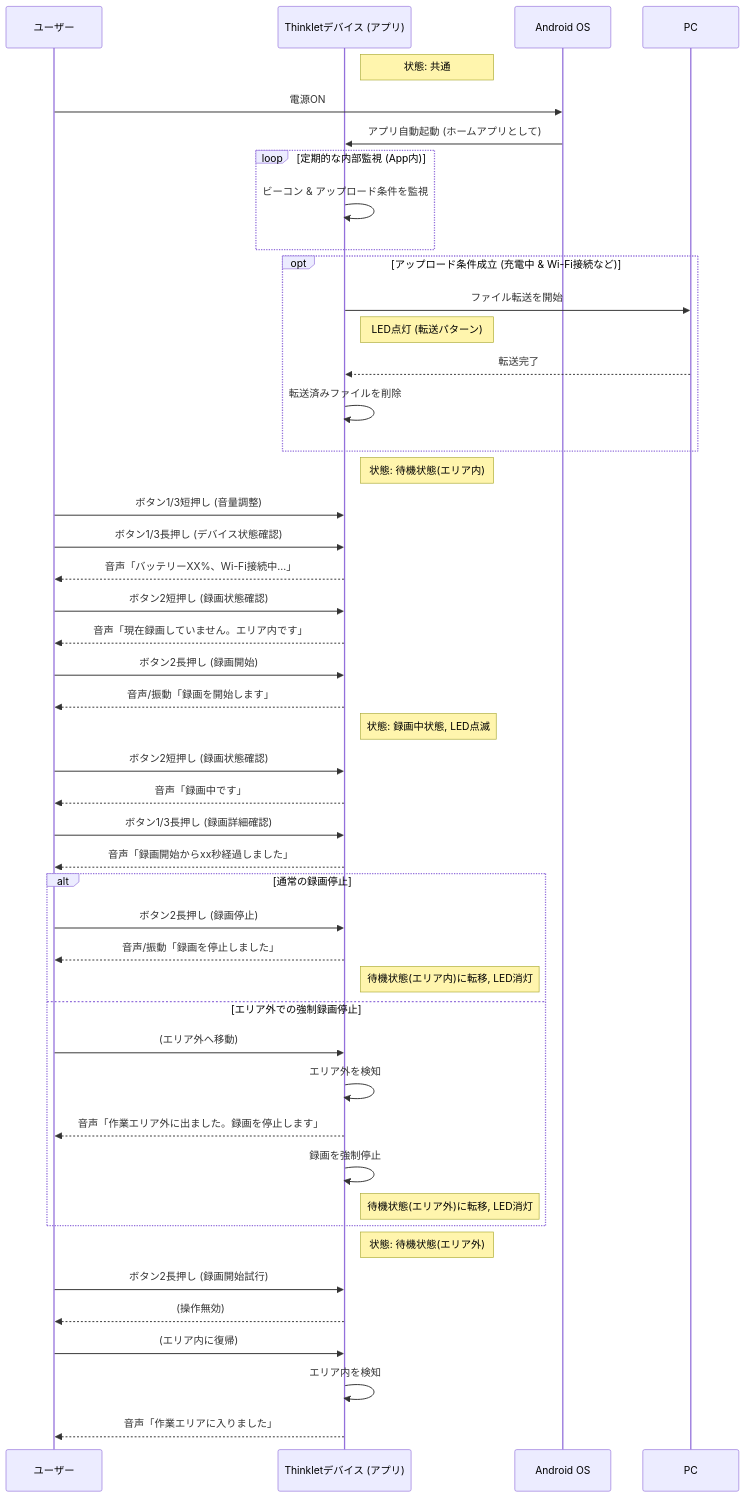
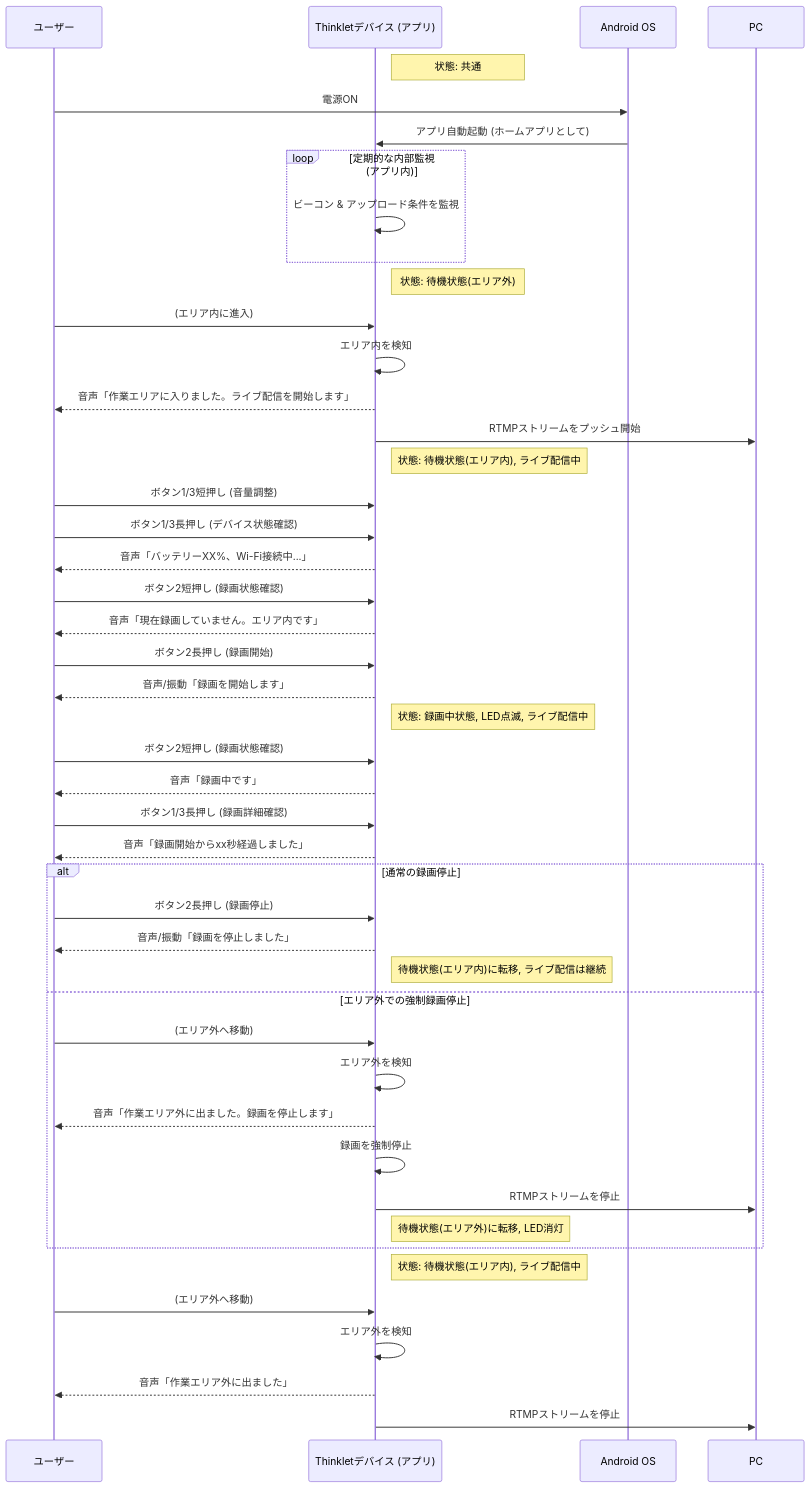
One commit to yyren7/thinklet.fivechannel.video.recorder changed the first of 3 diagrams in docs/android_spec.md. Above: the diagram before and after it, drawn with Mermaid. The commit also changed other lines of this file and 1 other file, not shown here.

````diff
--- a/docs/android_spec.md
+++ b/docs/android_spec.md
@@ -137,56 +167,54 @@
 ```mermaid
 sequenceDiagram
     participant User as ユーザー
     participant Device as Thinkletデバイス (アプリ)
     participant AndroidOS as Android OS
     participant PC as PC
     Note right of Device: 状態: 共通
     User->>AndroidOS: 電源ON
     AndroidOS->>Device: アプリ自動起動 (ホームアプリとして)
-    loop 定期的な内部監視 (App内)
+    loop 定期的な内部監視 (アプリ内)
         Device->>Device: ビーコン & アップロード条件を監視
     end
 
-    opt アップロード条件成立 (充電中 & Wi-Fi接続など)
-        Device->>PC: ファイル転送を開始
-        Note right of Device: LED点灯 (転送パターン)
-        PC-->>Device: 転送完了
-        Device->>Device: 転送済みファイルを削除
-    end
+    Note right of Device: 状態: 待機状態(エリア外)
+    User->>Device: (エリア内に進入)
+    Device->>Device: エリア内を検知
+    Device-->>User: 音声「作業エリアに入りました。ライブ配信を開始します」
+    Device->>PC: RTMPストリームをプッシュ開始
 
-    Note right of Device: 状態: 待機状態(エリア内)
+    Note right of Device: 状態: 待機状態(エリア内), ライブ配信中
     User->>Device: ボタン1/3短押し (音量調整)
     User->>Device: ボタン1/3長押し (デバイス状態確認)
     Device-->>User: 音声「バッテリーXX%、Wi-Fi接続中...」
     User->>Device: ボタン2短押し (録画状態確認)
     Device-->>User: 音声「現在録画していません。エリア内です」
 
     User->>Device: ボタン2長押し (録画開始)
     Device-->>User: 音声/振動「録画を開始します」
-    Note right of Device: 状態: 録画中状態, LED点滅
+    Note right of Device: 状態: 録画中状態, LED点滅, ライブ配信中
 
     User->>Device: ボタン2短押し (録画状態確認)
     Device-->>User: 音声「録画中です」
     User->>Device: ボタン1/3長押し (録画詳細確認)
     Device-->>User: 音声「録画開始からxx秒経過しました」
 
     alt 通常の録画停止
         User->>Device: ボタン2長押し (録画停止)
         Device-->>User: 音声/振動「録画を停止しました」
-        Note right of Device: 待機状態(エリア内)に転移, LED消灯
+        Note right of Device: 待機状態(エリア内)に転移, ライブ配信は継続
     else エリア外での強制録画停止
         User->>Device: (エリア外へ移動)
         Device->>Device: エリア外を検知
         Device-->>User: 音声「作業エリア外に出ました。録画を停止します」
         Device->>Device: 録画を強制停止
+        Device->>PC: RTMPストリームを停止
         Note right of Device: 待機状態(エリア外)に転移, LED消灯
     end
 
-    Note right of Device: 状態: 待機状態(エリア外)
-    User->>Device: ボタン2長押し (録画開始試行)
-    Device-->>User: (操作無効)
-
-    User->>Device: (エリア内に復帰)
-    Device->>Device: エリア内を検知
-    Device-->>User: 音声「作業エリアに入りました」
+    Note right of Device: 状態: 待機状態(エリア内), ライブ配信中
+    User->>Device: (エリア外へ移動)
+    Device->>Device: エリア外を検知
+    Device-->>User: 音声「作業エリア外に出ました」
+    Device->>PC: RTMPストリームを停止
 ```
````
